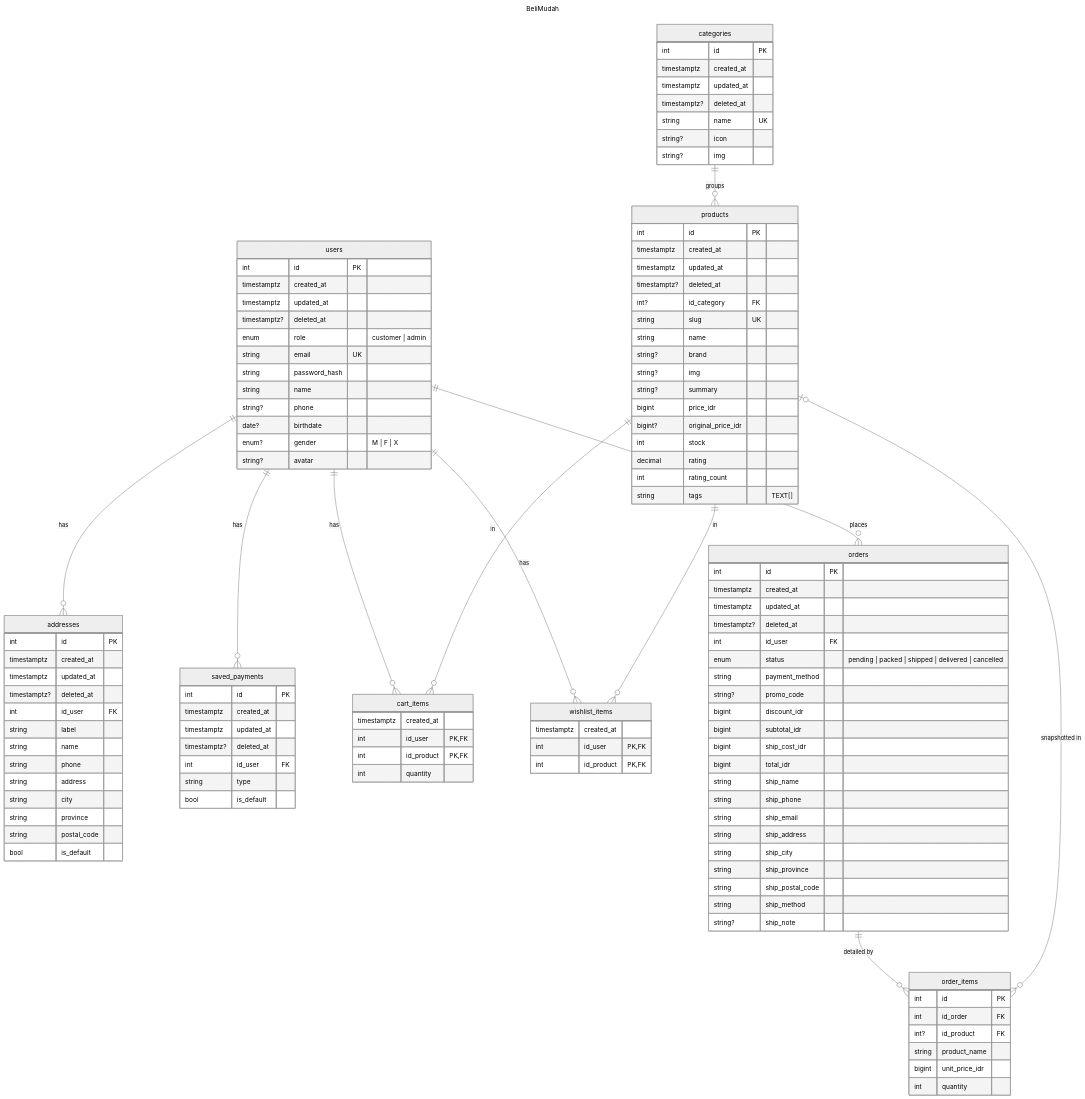
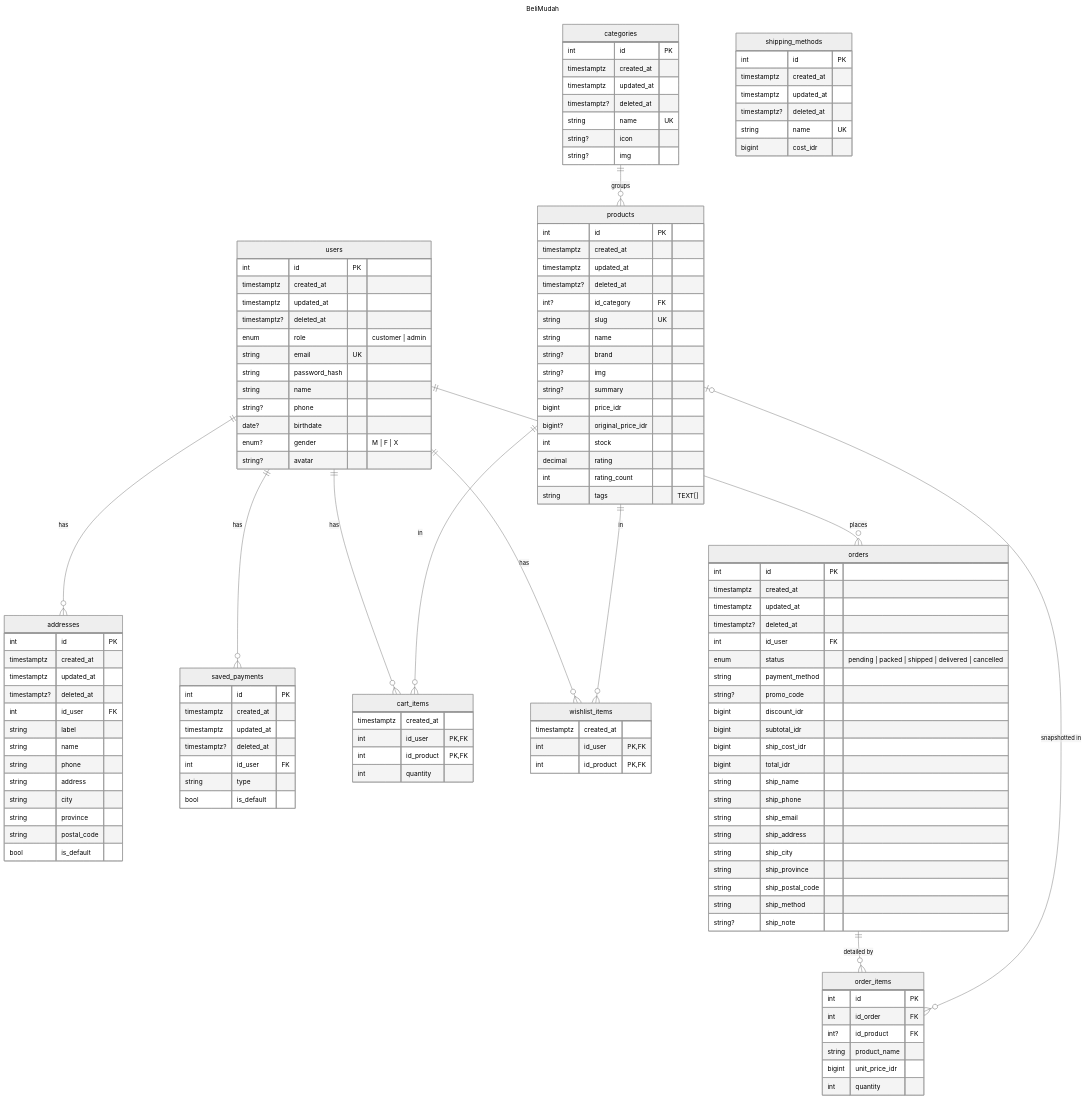
Before and after one commit to ryansuhartanto/koda-b8-backend: the diagram in README.md, drawn with Mermaid (neutral theme). The commit also changed 2 other files, not shown here.

Commit message:
feat: add shipping methods

````diff
--- a/README.md
+++ b/README.md
@@ -160,4 +160,15 @@
     bigint unit_price_idr
     int    quantity
 }
+
+shipping_methods {
+    int id PK
+
+    timestamptz  created_at
+    timestamptz  updated_at
+    timestamptz? deleted_at
+
+    string name UK
+    bigint cost_idr
+}
 ```
````
